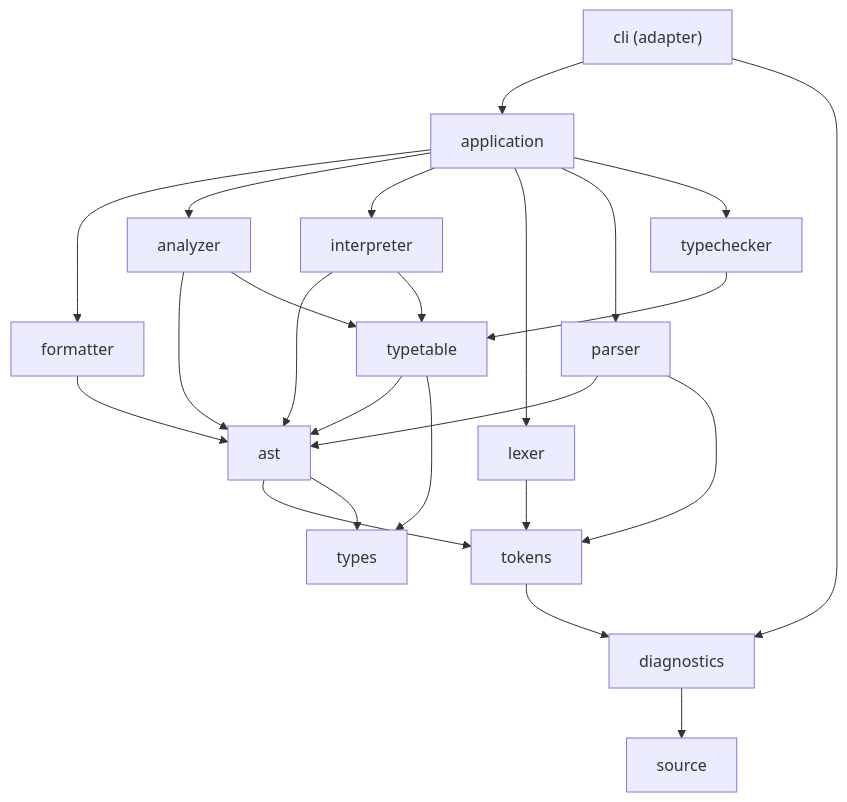
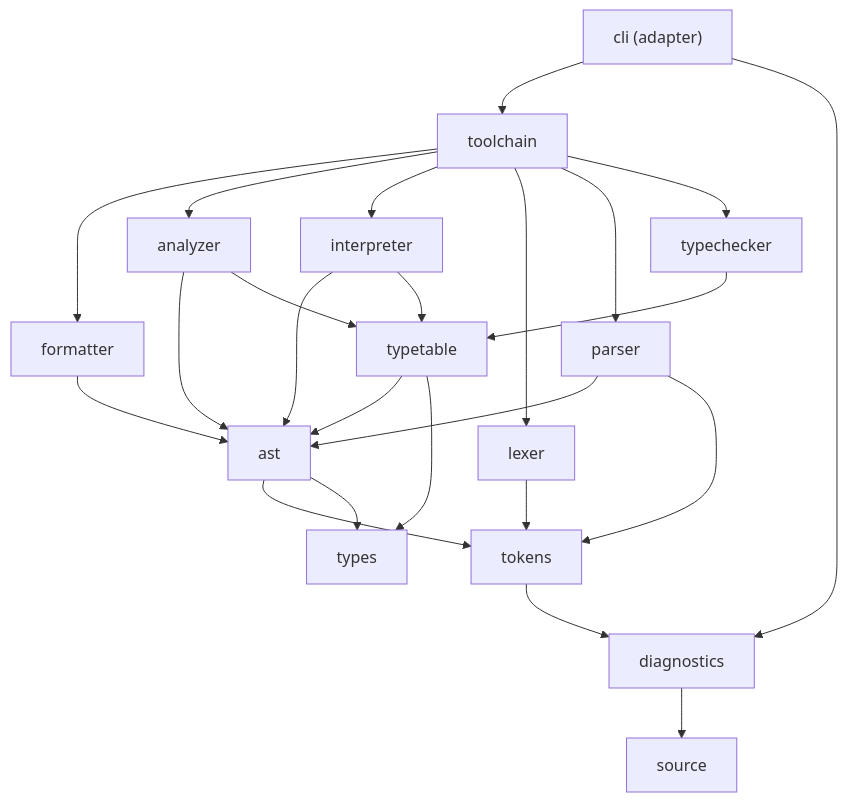
Before and after one commit to GarroteSantiago/printscript: the first of 3 diagrams in docs/architecture.md, drawn with Mermaid. The commit also changed other lines of this file and 39 other files, not shown here.

First line of the commit message:
refactor(application,cli,diagnostics): rename application module to toolchain

````diff
--- a/docs/architecture.md
+++ b/docs/architecture.md
@@ -43,26 +43,26 @@
 ```mermaid
 graph TD
-    cli["cli (adapter)"] --> application
+    cli["cli (adapter)"] --> toolchain
     cli --> diagnostics
-    application --> formatter
-    application --> analyzer
-    application --> interpreter
-    application --> lexer
-    application --> parser
-    application --> typechecker
+    toolchain --> formatter
+    toolchain --> analyzer
+    toolchain --> interpreter
+    toolchain --> lexer
+    toolchain --> parser
+    toolchain --> typechecker
     interpreter --> ast
     interpreter --> typetable
     formatter --> ast
     analyzer --> ast
     analyzer --> typetable
     typechecker --> typetable
     typetable --> ast
     typetable --> types
     parser --> ast
     parser --> tokens
     ast --> tokens
     ast --> types
     lexer --> tokens
     tokens --> diagnostics
     diagnostics --> source
 ```
````
